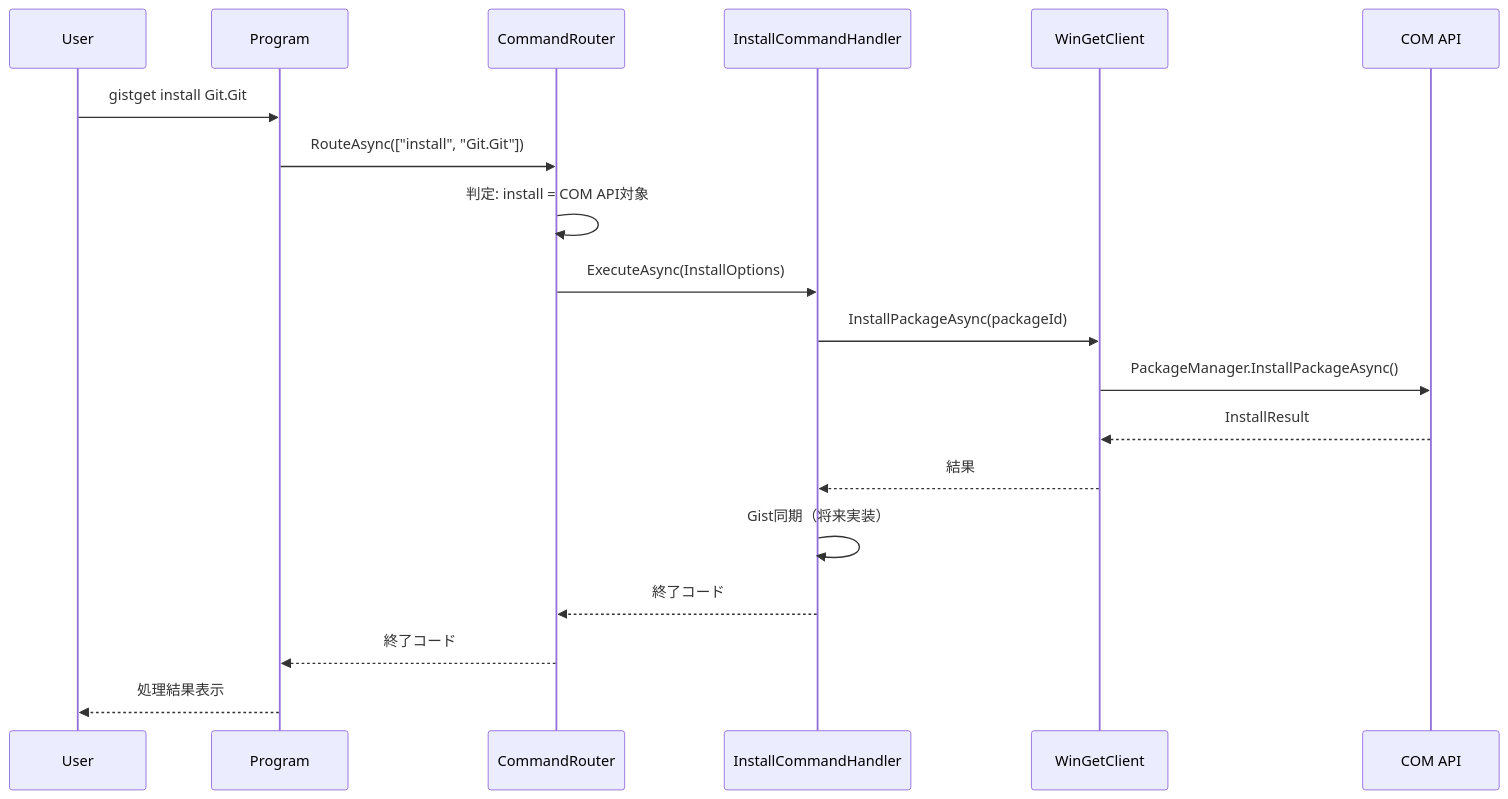
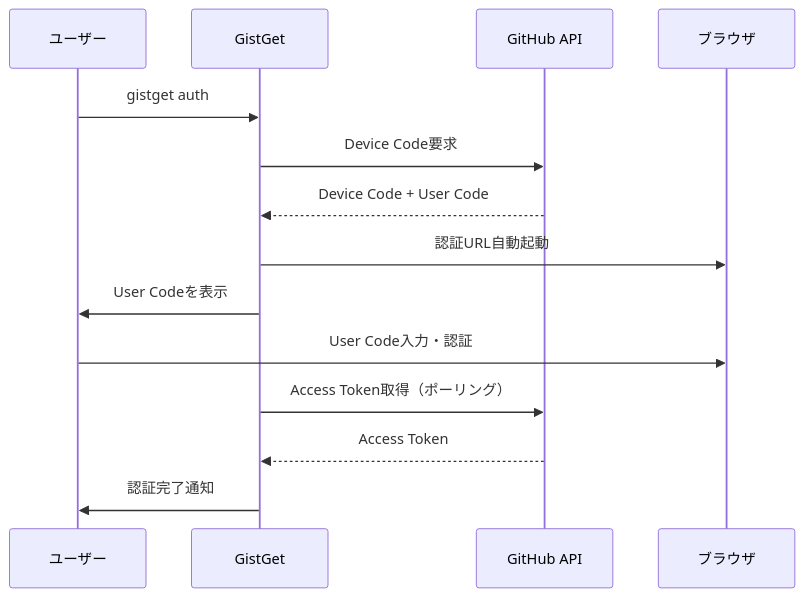
Before and after one commit to nuitsjp/GistGet: the first of 2 diagrams in docs/architecture.md, drawn with Mermaid. The commit also changed other lines of this file, not shown here.

````diff
--- a/docs/architecture.md
+++ b/docs/architecture.md
@@ -139,22 +19,17 @@
 ```mermaid
 sequenceDiagram
-    participant User
-    participant Program
-    participant CommandRouter
-    participant InstallHandler as InstallCommandHandler
-    participant WinGetClient
-    participant ComAPI as COM API
+    participant User as ユーザー
+    participant App as GistGet
+    participant GitHub as GitHub API
+    participant Browser as ブラウザ
 
-    User->>Program: gistget install Git.Git
-    Program->>CommandRouter: RouteAsync(["install", "Git.Git"])
-    CommandRouter->>CommandRouter: 判定: install = COM API対象
-    CommandRouter->>InstallHandler: ExecuteAsync(InstallOptions)
-    InstallHandler->>WinGetClient: InstallPackageAsync(packageId)
-    WinGetClient->>ComAPI: PackageManager.InstallPackageAsync()
-    ComAPI-->>WinGetClient: InstallResult
-    WinGetClient-->>InstallHandler: 結果
-    InstallHandler->>InstallHandler: Gist同期（将来実装）
-    InstallHandler-->>CommandRouter: 終了コード
-    CommandRouter-->>Program: 終了コード
-    Program-->>User: 処理結果表示
+    User->>App: gistget auth
+    App->>GitHub: Device Code要求
+    GitHub-->>App: Device Code + User Code
+    App->>Browser: 認証URL自動起動
+    App->>User: User Codeを表示
+    User->>Browser: User Code入力・認証
+    App->>GitHub: Access Token取得（ポーリング）
+    GitHub-->>App: Access Token
+    App->>User: 認証完了通知
 ```
````
